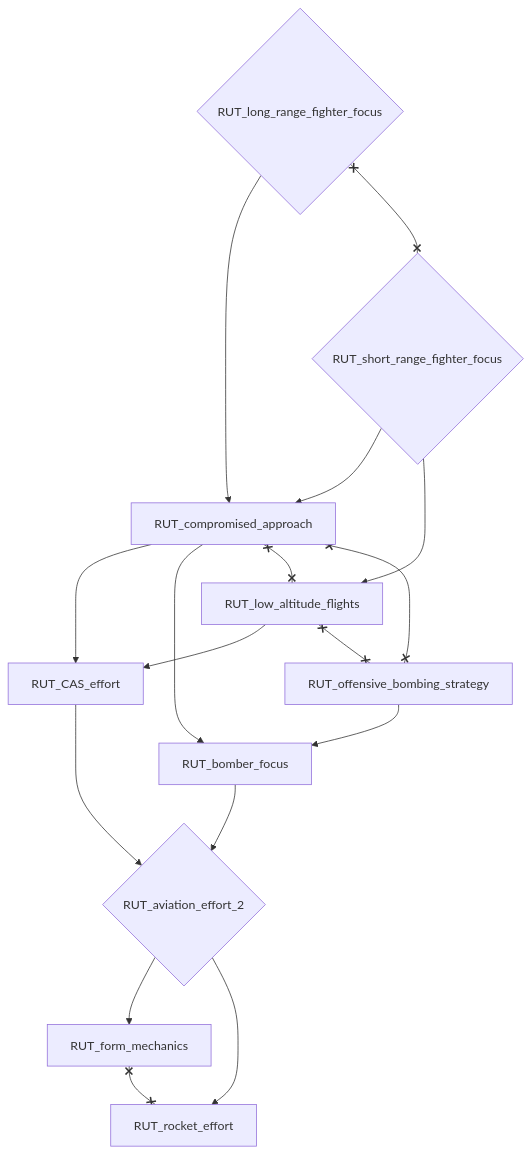
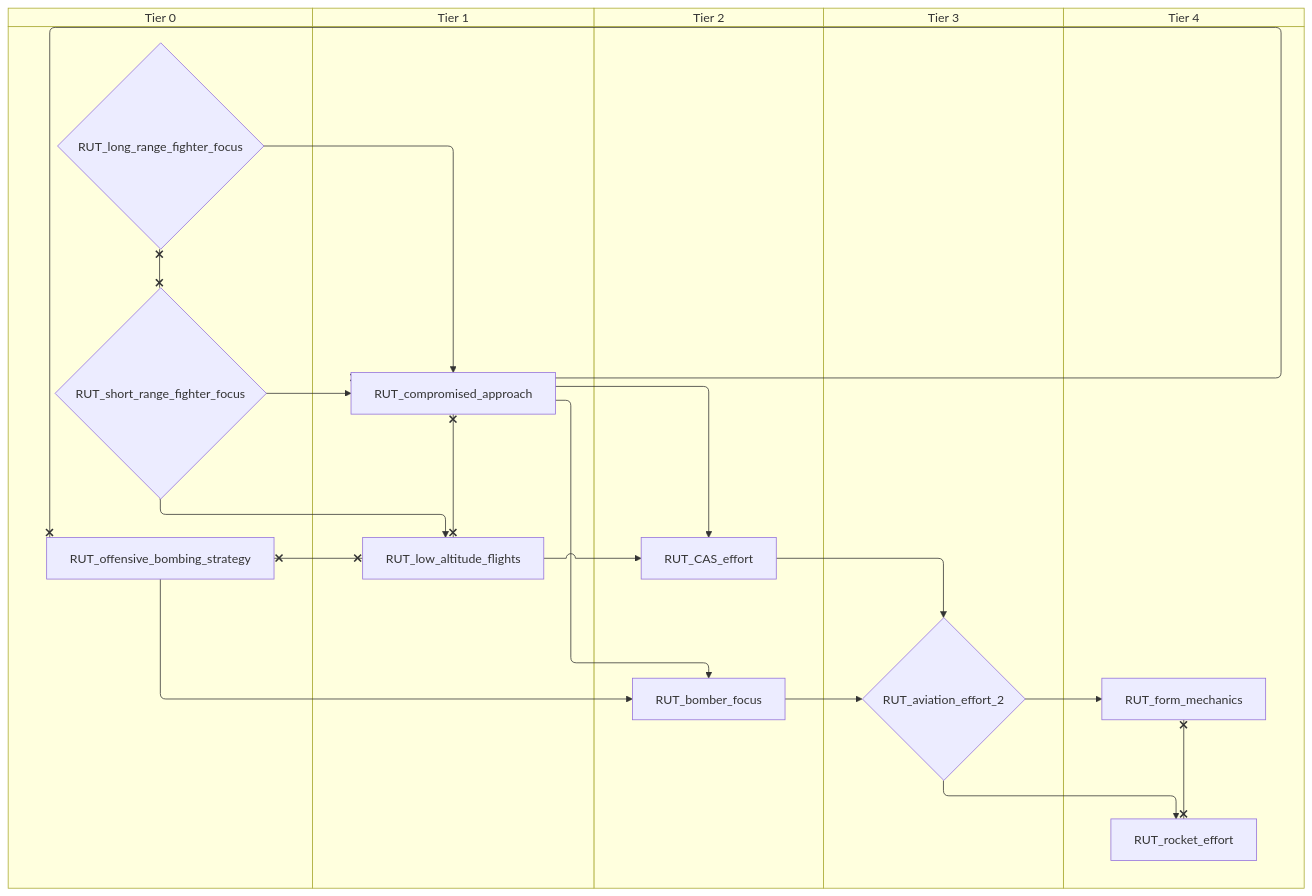
One commit to evgeny-sobol/hoi4-sandbox-mode-r56 changed the seventh of 8 diagrams in docs/gdd/National Focuses/r56/ruthenia.md. Above: the diagram before and after it, drawn with Mermaid. The commit also changed other lines of this file and 423 other files, not shown here.

First line of the commit message:
Re-export Rt56 focus trees as swimlane diagrams

````diff
--- a/docs/gdd/National Focuses/r56/ruthenia.md
+++ b/docs/gdd/National Focuses/r56/ruthenia.md
@@ -366,29 +432,39 @@
 ```mermaid
-flowchart TD
-    n88["RUT_CAS_effort"]
-    n89{"RUT_aviation_effort_2"}
-    n90["RUT_bomber_focus"]
-    n91["RUT_compromised_approach"]
-    n92["RUT_form_mechanics"]
-    n93{"RUT_long_range_fighter_focus"}
-    n94["RUT_low_altitude_flights"]
-    n95["RUT_offensive_bombing_strategy"]
-    n96["RUT_rocket_effort"]
-    n97{"RUT_short_range_fighter_focus"}
-    n91 --> n88
-    n94 --> n88
+swimlane-beta TD
+    subgraph tier_0["Tier 0"]
+        n88{"RUT_long_range_fighter_focus"}
+        n92["RUT_offensive_bombing_strategy"]
+        n90{"RUT_short_range_fighter_focus"}
+    end
+    subgraph tier_1["Tier 1"]
+        n91["RUT_compromised_approach"]
+        n89["RUT_low_altitude_flights"]
+    end
+    subgraph tier_2["Tier 2"]
+        n93["RUT_CAS_effort"]
+        n94["RUT_bomber_focus"]
+    end
+    subgraph tier_3["Tier 3"]
+        n95{"RUT_aviation_effort_2"}
+    end
+    subgraph tier_4["Tier 4"]
+        n96["RUT_form_mechanics"]
+        n97["RUT_rocket_effort"]
+    end
+    n91 --> n93
+    n89 --> n93
+    n94 --> n95
+    n93 --> n95
+    n92 --> n94
+    n91 --> n94
+    n90 --> n91
+    n88 --> n91
+    n95 --> n96
     n90 --> n89
-    n88 --> n89
-    n95 --> n90
-    n91 --> n90
-    n97 --> n91
-    n93 --> n91
-    n89 --> n92
-    n97 --> n94
-    n89 --> n96
-    n91 x--x n94
-    n91 x--x n95
-    n92 x--x n96
-    n93 x--x n97
-    n94 x--x n95
+    n95 --> n97
+    n91 x--x n89
+    n91 x--x n92
+    n96 x--x n97
+    n88 x--x n90
+    n89 x--x n92
 ```
````
